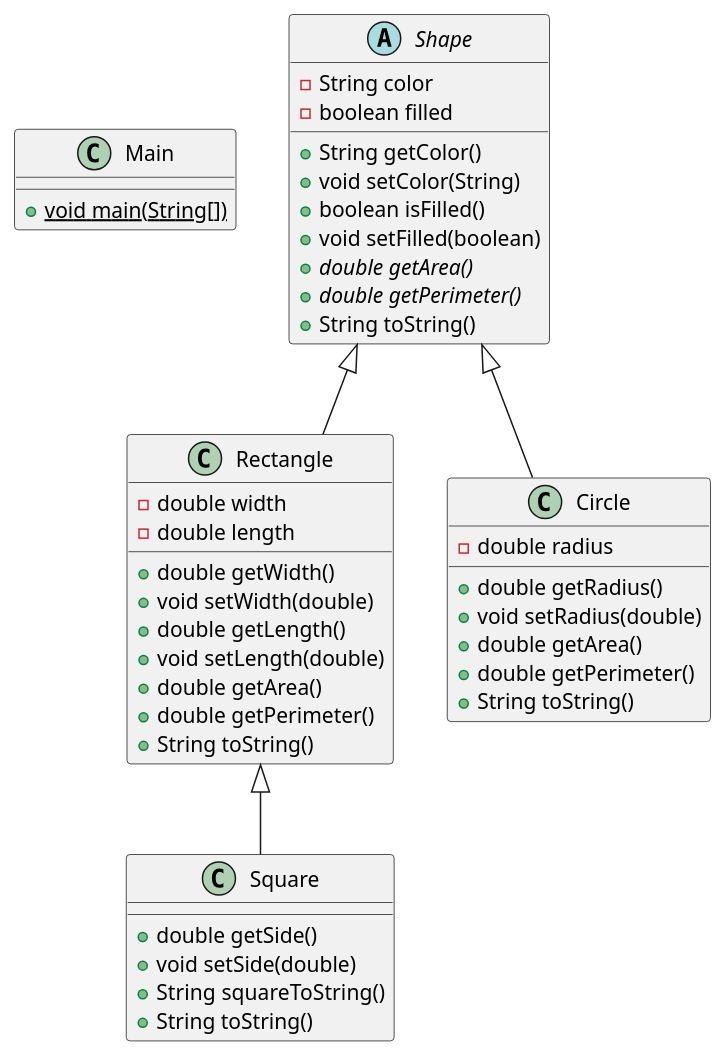
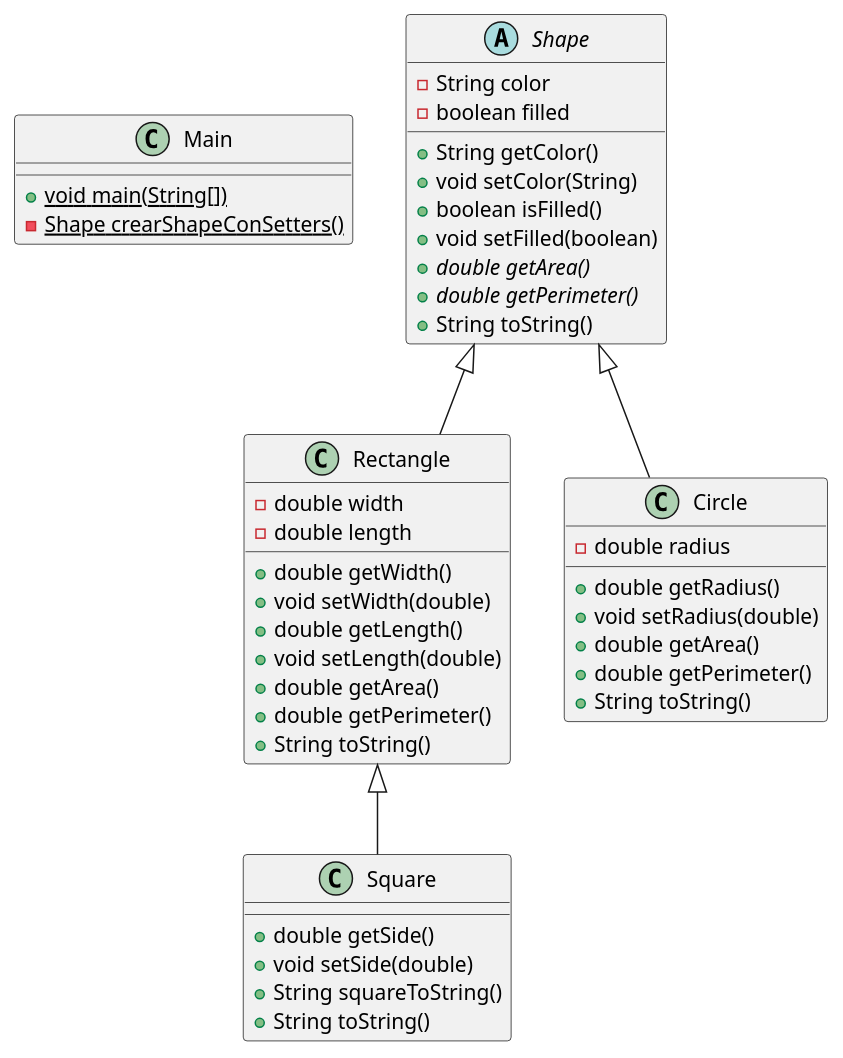
One commit to cdelfino/Parcial2POO changed the diagram in diagrama.puml. Above: the diagram before and after it, drawn with PlantUML. The commit also changed 2 other files, not shown here.

```diff
--- a/diagrama.puml
+++ b/diagrama.puml
@@ -1,46 +1,47 @@
 @startuml
 class Main {
 + {static} void main(String[])
+- {static} Shape crearShapeConSetters()
 }
 abstract class Shape {
 - String color
 - boolean filled
 + String getColor()
 + void setColor(String)
 + boolean isFilled()
 + void setFilled(boolean)
 + {abstract}double getArea()
 + {abstract}double getPerimeter()
 + String toString()
 }
 class Rectangle {
 - double width
 - double length
 + double getWidth()
 + void setWidth(double)
 + double getLength()
 + void setLength(double)
 + double getArea()
 + double getPerimeter()
 + String toString()
 }
 class Circle {
 - double radius
 + double getRadius()
 + void setRadius(double)
 + double getArea()
 + double getPerimeter()
 + String toString()
 }
 class Square {
 + double getSide()
 + void setSide(double)
 + String squareToString()
 + String toString()
 }
 
 
 Shape <|-- Rectangle
 Shape <|-- Circle
 Rectangle <|-- Square
 @enduml
```
